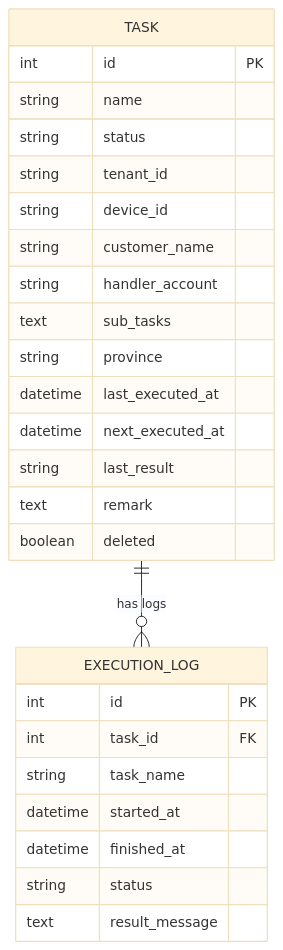
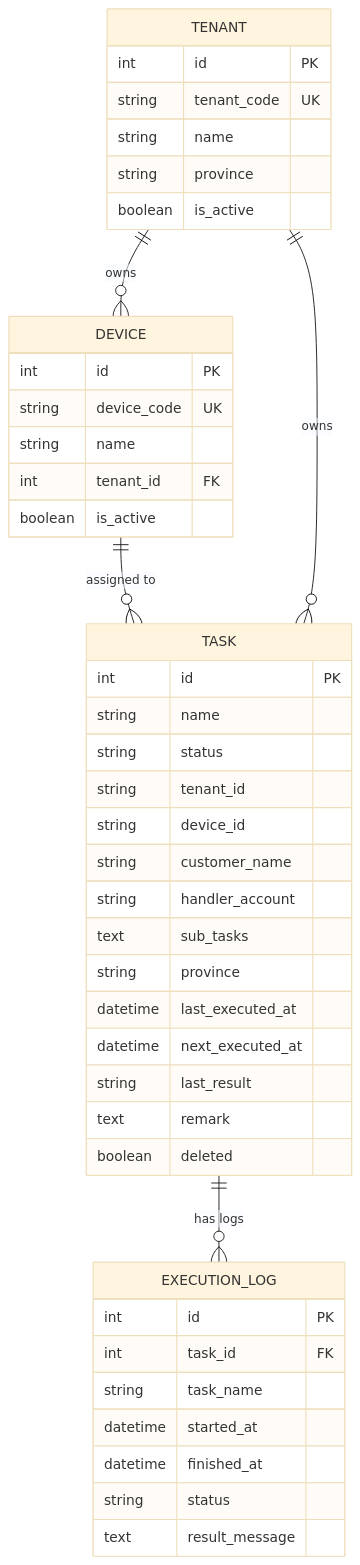
Before and after one commit to onebody/ccclubs_AI_RPA: the fourth of 4 diagrams in .qoder/repowiki/zh/content/API 参考文档/RESTful API 接口.md, drawn with Mermaid (base theme). The commit also changed other lines of this file and 16 other files, not shown here.

````diff
--- a/.qoder/repowiki/zh/content/API 参考文档/RESTful API 接口.md
+++ b/.qoder/repowiki/zh/content/API 参考文档/RESTful API 接口.md
@@ -483,29 +686,46 @@
 ```mermaid
 erDiagram
 TASK {
 int id PK
 string name
 string status
 string tenant_id
 string device_id
 string customer_name
 string handler_account
 text sub_tasks
 string province
 datetime last_executed_at
 datetime next_executed_at
 string last_result
 text remark
 boolean deleted
 }
+DEVICE {
+int id PK
+string device_code UK
+string name
+int tenant_id FK
+boolean is_active
+}
+TENANT {
+int id PK
+string tenant_code UK
+string name
+string province
+boolean is_active
+}
 EXECUTION_LOG {
 int id PK
 int task_id FK
 string task_name
 datetime started_at
 datetime finished_at
 string status
 text result_message
 }
 TASK ||--o{ EXECUTION_LOG : "has logs"
+DEVICE ||--o{ TASK : "assigned to"
+TENANT ||--o{ DEVICE : "owns"
+TENANT ||--o{ TASK : "owns"
 ```
````
